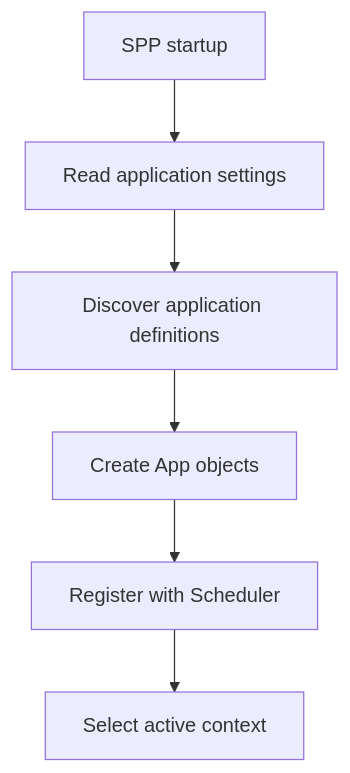
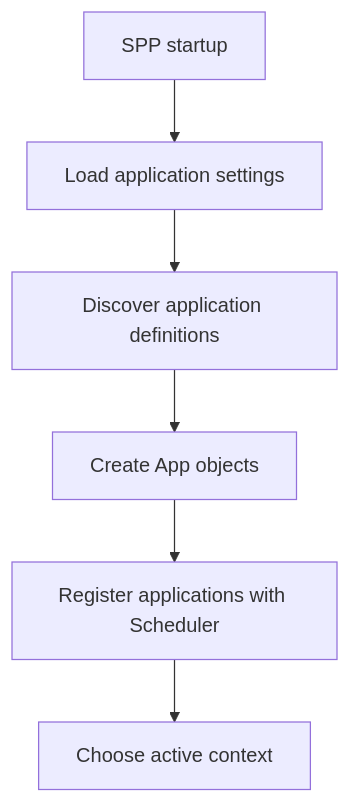
The first of 3 diagrams in documentation/handbook/12-first-spp-application.md (shuklasp/spp), drawn with Mermaid before and after one commit. The commit also changed other lines of this file, not shown here.

Commit message:
Rewrite Chapter 12 as a complete beginner-first application tutorial

````diff
--- a/documentation/handbook/12-first-spp-application.md
+++ b/documentation/handbook/12-first-spp-application.md
@@ -119,8 +187,8 @@
 ```mermaid
 flowchart TD
-    A[SPP startup] --> B[Read application settings]
+    A[SPP startup] --> B[Load application settings]
     B --> C[Discover application definitions]
     C --> D[Create App objects]
-    D --> E[Register with Scheduler]
-    E --> F[Select active context]
+    D --> E[Register applications with Scheduler]
+    E --> F[Choose active context]
 ```
````
